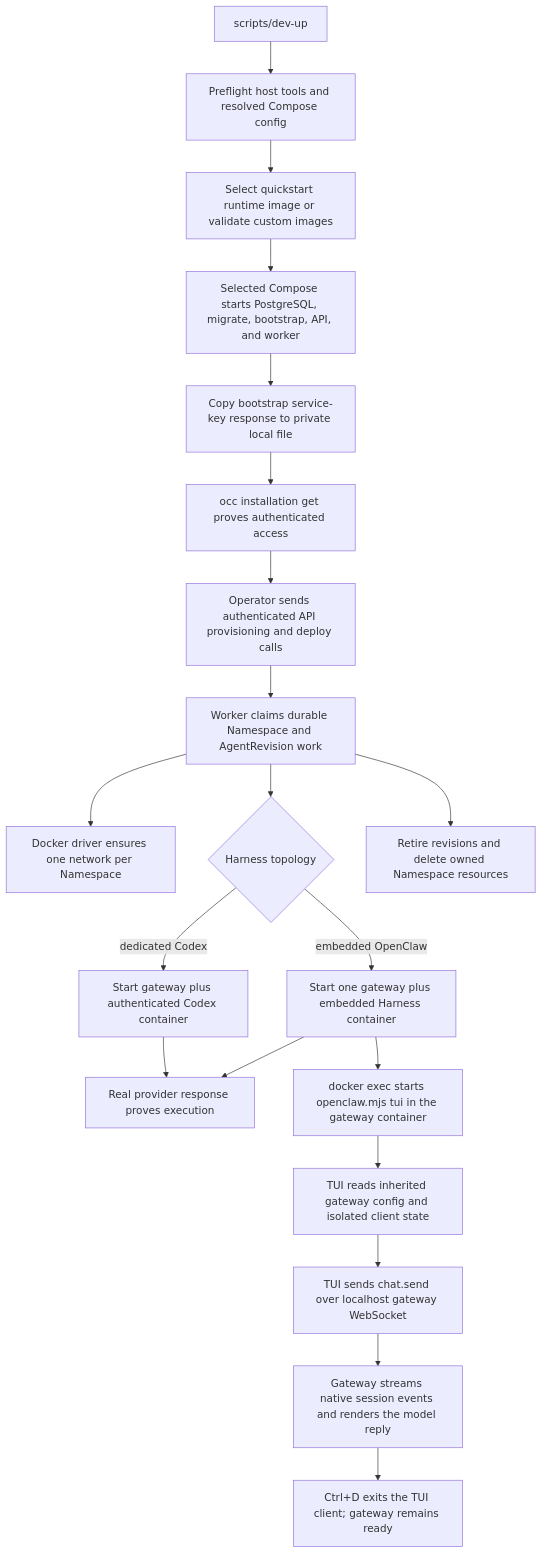
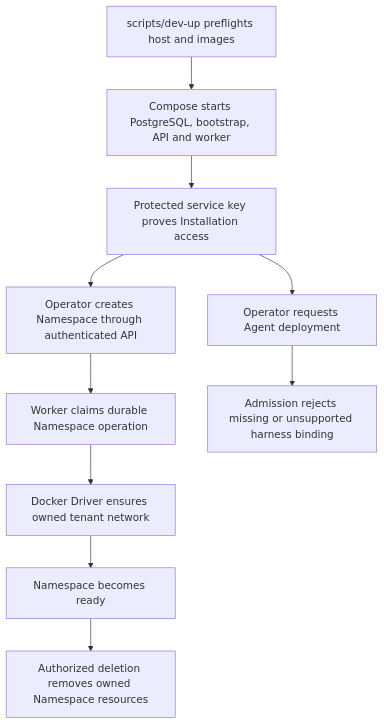
The diagram in docs/flows/docker-compose-development.md (IsaiahStapleton/openclaw-enterprise), drawn with Mermaid before and after one commit. The commit also changed other lines of this file and 27 other files, not shown here.

````diff
--- a/docs/flows/docker-compose-development.md
+++ b/docs/flows/docker-compose-development.md
@@ -59,22 +31,12 @@
 ```mermaid
 graph TD
-  A["scripts/dev-up"] --> B["Preflight host tools and resolved Compose config"]
-  B --> C["Select quickstart runtime image or validate custom images"]
-  C --> D["Selected Compose starts PostgreSQL, migrate, bootstrap, API, and worker"]
-  D --> E["Copy bootstrap service-key response to private local file"]
-  E --> F["occ installation get proves authenticated access"]
-  F --> G["Operator sends authenticated API provisioning and deploy calls"]
-  G --> H["Worker claims durable Namespace and AgentRevision work"]
-  H --> I["Docker driver ensures one network per Namespace"]
-  H --> J{"Harness topology"}
-  J -->|embedded OpenClaw| K["Start one gateway plus embedded Harness container"]
-  J -->|dedicated Codex| L["Start gateway plus authenticated Codex container"]
-  K --> M["Real provider response proves execution"]
-  L --> M
-  K --> N["docker exec starts openclaw.mjs tui in the gateway container"]
-  N --> O["TUI reads inherited gateway config and isolated client state"]
-  O --> P["TUI sends chat.send over localhost gateway WebSocket"]
-  P --> Q["Gateway streams native session events and renders the model reply"]
-  Q --> R["Ctrl+D exits the TUI client; gateway remains ready"]
-  H --> S["Retire revisions and delete owned Namespace resources"]
+  A["scripts/dev-up preflights host and images"] --> B["Compose starts PostgreSQL, bootstrap, API and worker"]
+  B --> C["Protected service key proves Installation access"]
+  C --> D["Operator creates Namespace through authenticated API"]
+  D --> E["Worker claims durable Namespace operation"]
+  E --> F["Docker Driver ensures owned tenant network"]
+  F --> G["Namespace becomes ready"]
+  C --> H["Operator requests Agent deployment"]
+  H --> I["Admission rejects missing or unsupported harness binding"]
+  G --> J["Authorized deletion removes owned Namespace resources"]
 ```
````
